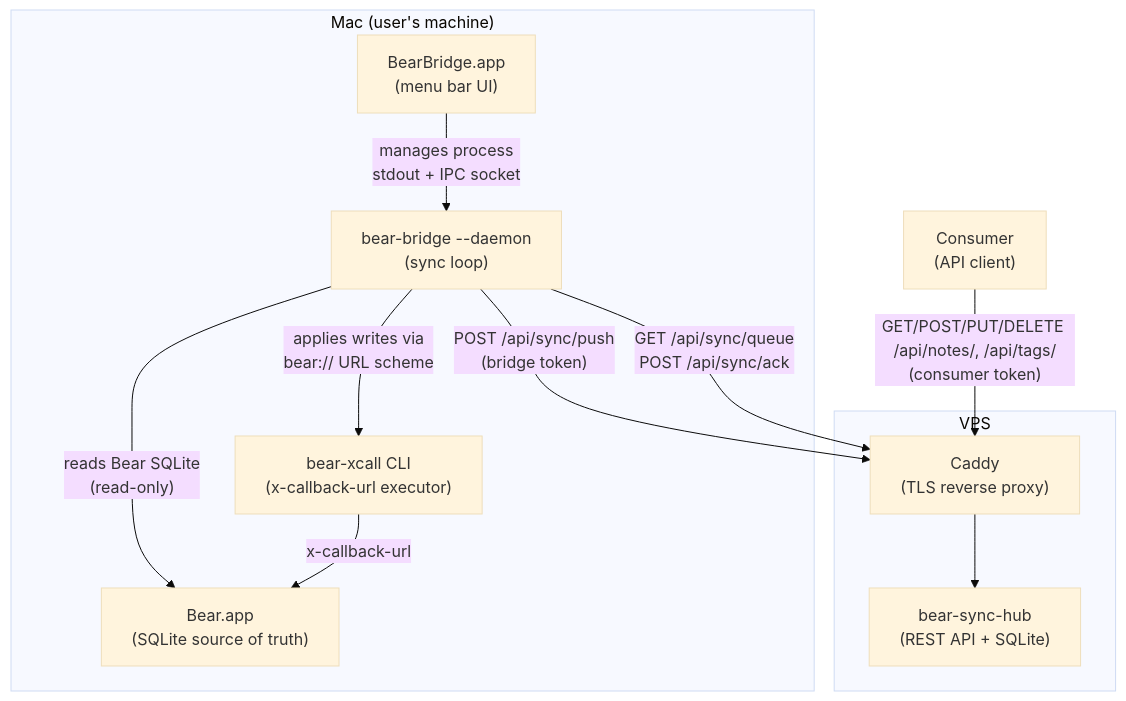
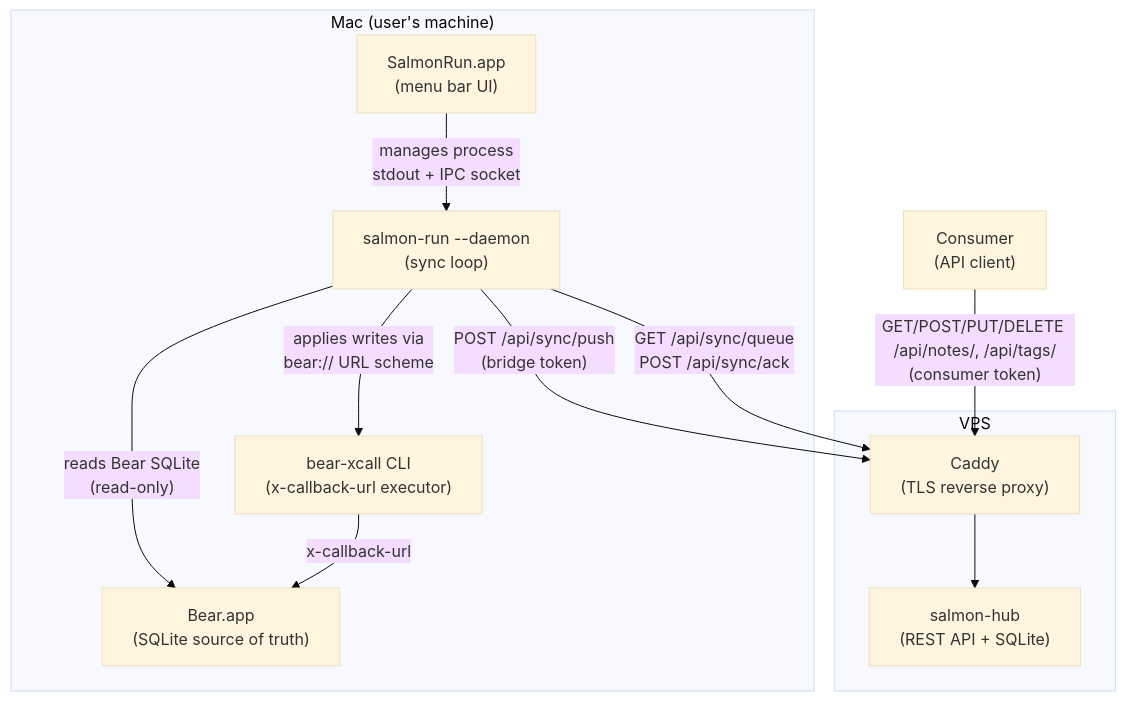
The first of 2 diagrams in README.md (Romancha/salmon), drawn with Mermaid (base theme) before and after one commit. The commit also changed other lines of this file and 1 other file, not shown here.

Commit message:
feat: update README.md with Salmon branding and metaphor

````diff
--- a/README.md
+++ b/README.md
@@ -21,25 +25,25 @@
 ```mermaid
 graph TB
     subgraph mac["Mac (user's machine)"]
         Bear["Bear.app\n(SQLite source of truth)"]
-        BearBridgeApp["BearBridge.app\n(menu bar UI)"]
-        Bridge["bear-bridge --daemon\n(sync loop)"]
+        SalmonRunApp["SalmonRun.app\n(menu bar UI)"]
+        Bridge["salmon-run --daemon\n(sync loop)"]
         bearxcall["bear-xcall CLI\n(x-callback-url executor)"]
     end
 
     subgraph vps["VPS"]
         Caddy["Caddy\n(TLS reverse proxy)"]
-        Hub["bear-sync-hub\n(REST API + SQLite)"]
+        Hub["salmon-hub\n(REST API + SQLite)"]
     end
 
     Consumer["Consumer\n(API client)"]
 
-    BearBridgeApp -- "manages process\nstdout + IPC socket" --> Bridge
+    SalmonRunApp -- "manages process\nstdout + IPC socket" --> Bridge
     Bridge -- "reads Bear SQLite\n(read-only)" --> Bear
     Bridge -- "applies writes via\nbear:// URL scheme" --> bearxcall
     bearxcall -- "x-callback-url" --> Bear
     Bridge -- "POST /api/sync/push\n(bridge token)" --> Caddy
     Bridge -- "GET /api/sync/queue\nPOST /api/sync/ack" --> Caddy
     Caddy --> Hub
     Consumer -- "GET/POST/PUT/DELETE /api/notes/, /api/tags/\n(consumer token)" --> Caddy
 ```
````
